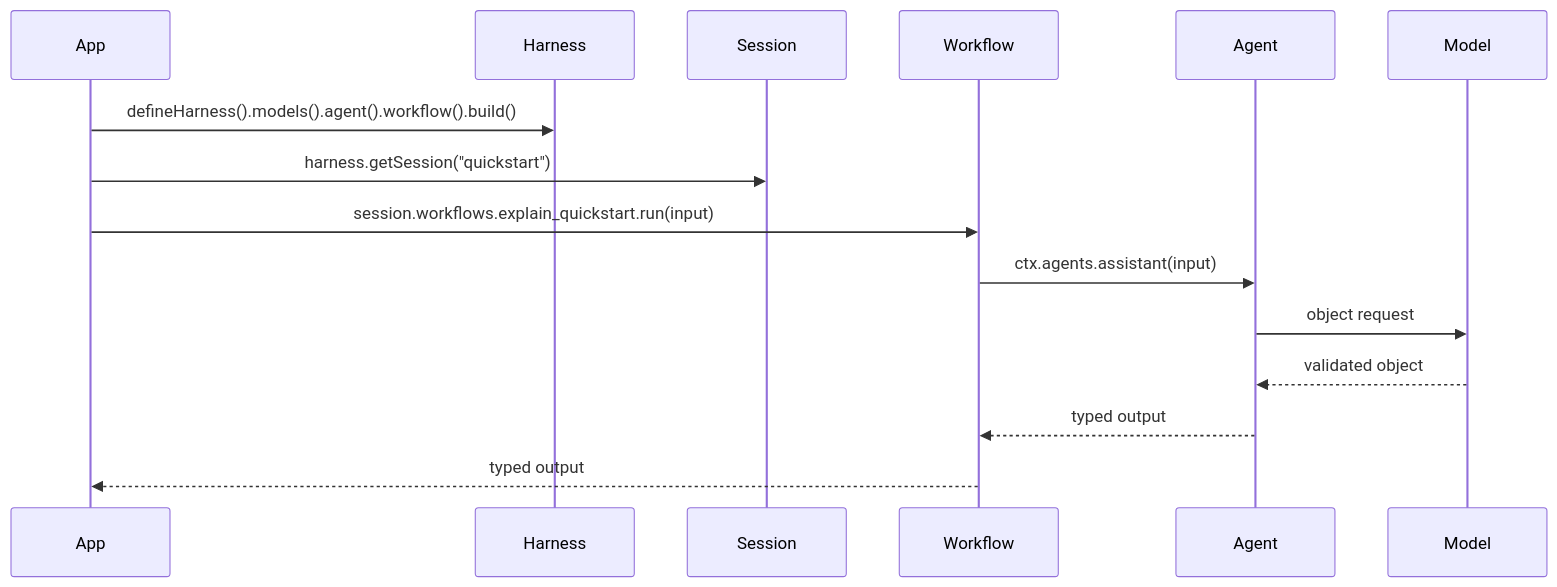
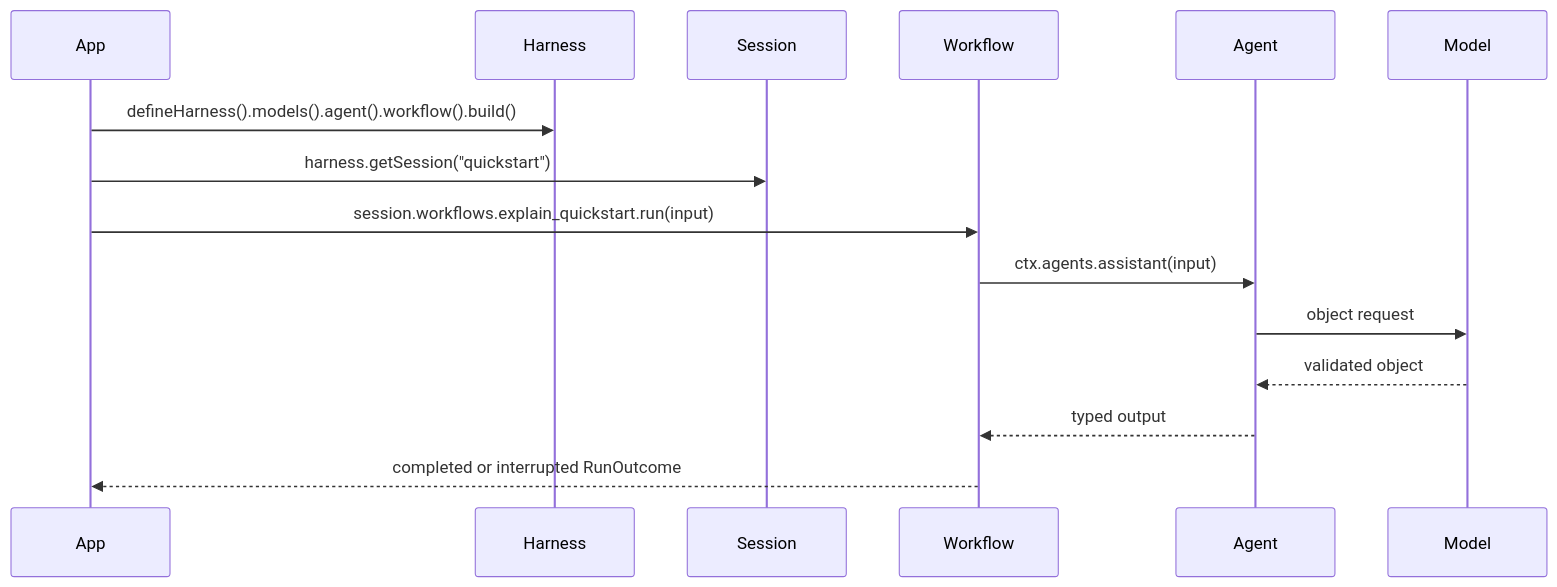
The diagram in docs/getting-started/quickstart.md (puristajs/harness), drawn with Mermaid before and after one commit. The commit also changed other lines of this file and 14 other files, not shown here.

````diff
--- a/docs/getting-started/quickstart.md
+++ b/docs/getting-started/quickstart.md
@@ -65,18 +65,18 @@
 ```mermaid
 sequenceDiagram
   participant App
   participant Harness
   participant Session
   participant Workflow
   participant Agent
   participant Model
 
   App->>Harness: defineHarness().models().agent().workflow().build()
   App->>Session: harness.getSession("quickstart")
   App->>Workflow: session.workflows.explain_quickstart.run(input)
   Workflow->>Agent: ctx.agents.assistant(input)
   Agent->>Model: object request
   Model-->>Agent: validated object
   Agent-->>Workflow: typed output
-  Workflow-->>App: typed output
+  Workflow-->>App: completed or interrupted RunOutcome
 ```
````
